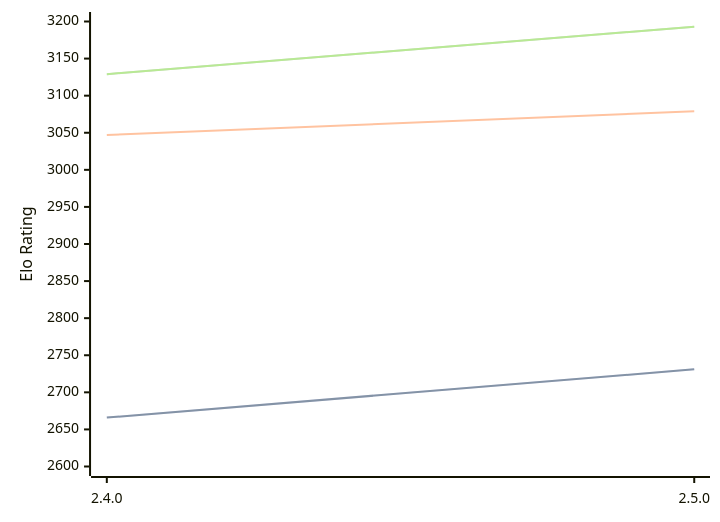
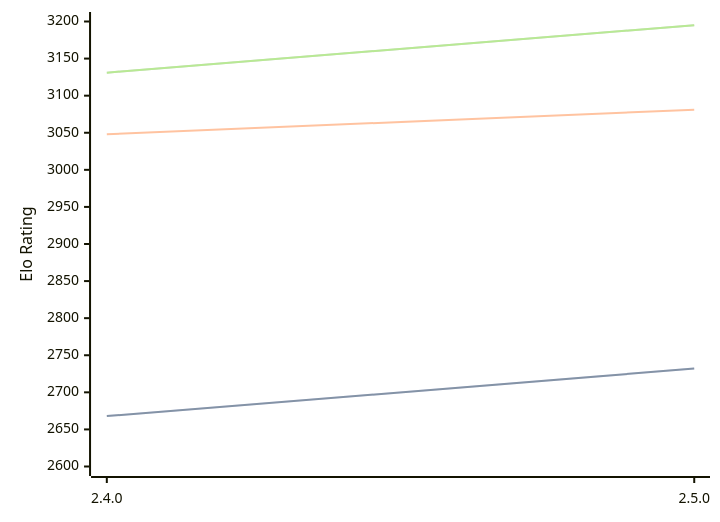
One commit to computer-chess-index/cci changed the diagram in engines/Sturddle2.md. Above: the diagram before and after it, drawn with Mermaid. The commit also changed other lines of this file, not shown here.

Commit message:
Update CCI Ratings (ELO VLTC) - 2026-02-16

````diff
--- a/engines/Sturddle2.md
+++ b/engines/Sturddle2.md
@@ -34,11 +34,11 @@
 ```mermaid
 %%{init: {"theme":"base","themeVariables":{"seriesColors:['#a3a3a3','#222221','#faa371']}}}%%
 xychart-beta
   x-axis ["2.4.0", "2.5.0"]
   y-axis "Elo Rating" 2600 --> 3200
-  line "STC (8.0+0.08s)" [2666, 2731]
-  line "STC (8.0+0.08s)" [2666, 2731]
-  line "LTC (60.0+0.60s)" [3047, 3079]
-  line "VLTC (2m24s+1.12s)" [3129, 3193]
-  line "VLTC (2m24s+1.12s)" [3129, 3193]
+  line "STC (8.0+0.08s)" [2668, 2732]
+  line "STC (8.0+0.08s)" [2668, 2732]
+  line "LTC (60.0+0.60s)" [3048, 3081]
+  line "VLTC (2m24s+1.12s)" [3131, 3195]
+  line "VLTC (2m24s+1.12s)" [3131, 3195]
 ```
````
